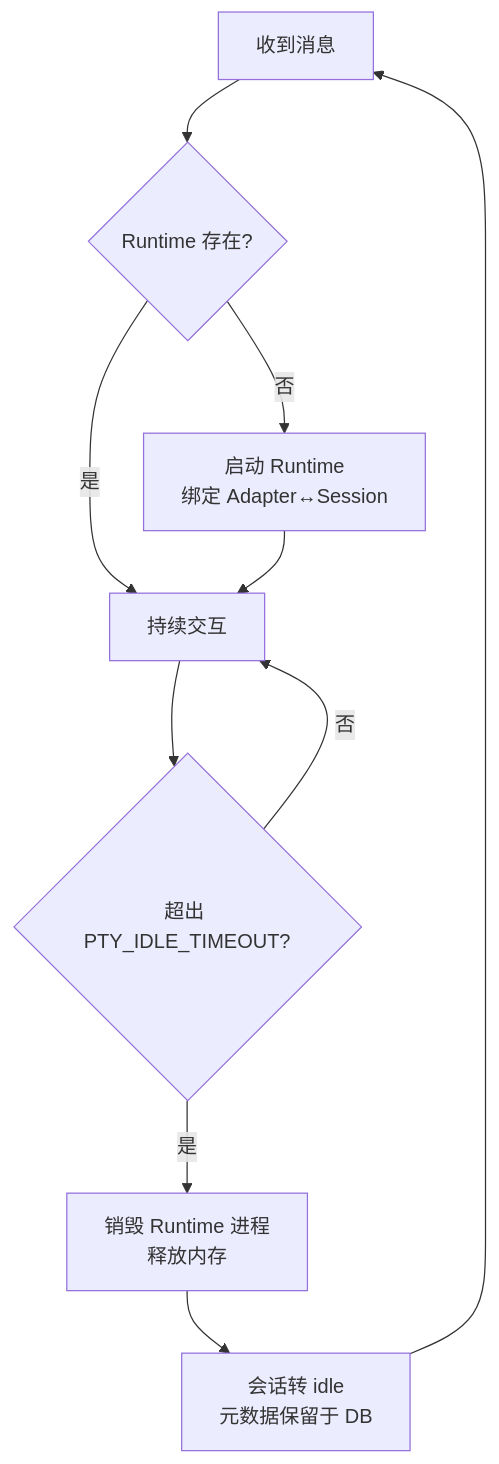
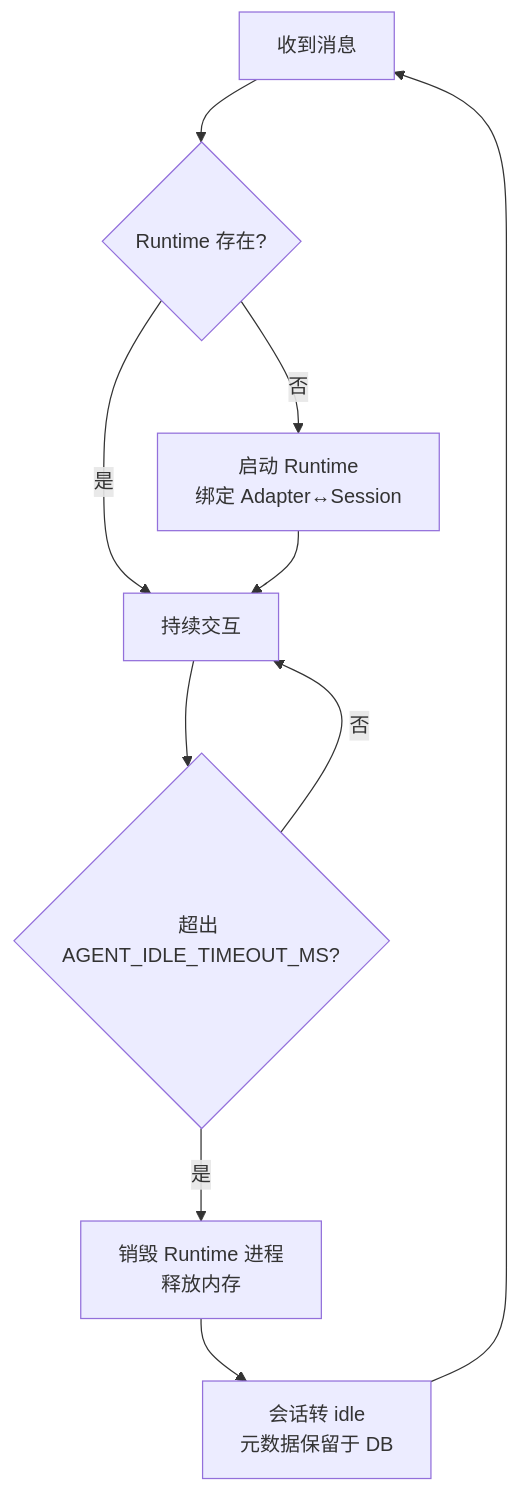
One commit to ygq-future/ai-cli-hub changed the ninth of 15 diagrams in docs/02-Architecture.md. Above: the diagram before and after it, drawn with Mermaid. The commit also changed other lines of this file and 9 other files, not shown here.

````diff
--- a/docs/02-Architecture.md
+++ b/docs/02-Architecture.md
@@ -387,12 +392,12 @@
 ```mermaid
 flowchart TD
     M[收到消息] --> Q{Runtime 存在?}
     Q -->|否| S[启动 Runtime<br/>绑定 Adapter↔Session]
     Q -->|是| I[持续交互]
     S --> I
-    I --> W{超出 PTY_IDLE_TIMEOUT?}
+    I --> W{超出 AGENT_IDLE_TIMEOUT_MS?}
     W -->|否| I
     W -->|是| K[销毁 Runtime 进程<br/>释放内存]
     K --> P[会话转 idle<br/>元数据保留于 DB]
     P --> M
 ```
````
